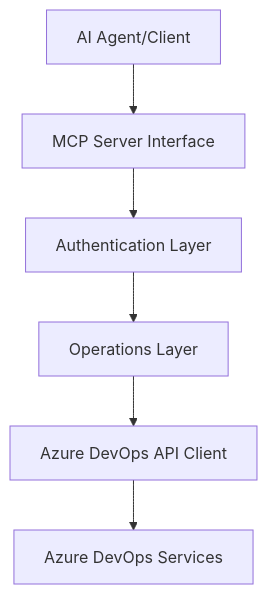
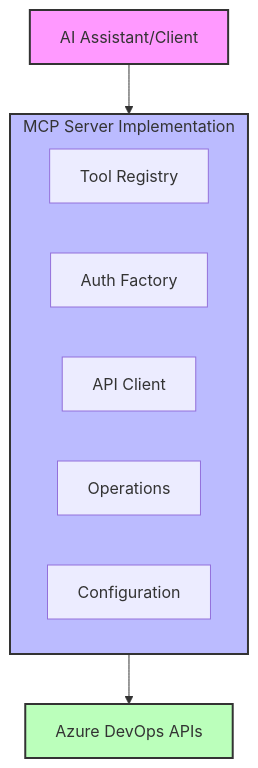
The first of 7 diagrams in memory-bank/systemPatterns.md (violetVo/ado-mcp), drawn with Mermaid before and after one commit. The commit also changed other lines of this file and 5 other files, not shown here.

Commit message:
Update project brief and progress tracking documentation for Azure DevOps MCP Server, enhancing clarity on functionality, current status, and future plans.

````diff
--- a/memory-bank/systemPatterns.md
+++ b/memory-bank/systemPatterns.md
@@ -6,8 +5,18 @@
 ```mermaid
 flowchart TD
-    Client[AI Agent/Client] --> MCP[MCP Server Interface]
-    MCP --> Auth[Authentication Layer]
-    Auth --> Operations[Operations Layer]
-    Operations --> API[Azure DevOps API Client]
-    API --> Azure[Azure DevOps Services]
+    Client[AI Assistant/Client] --> Server[MCP Server]
+    
+    subgraph Server[MCP Server Implementation]
+        Tools[Tool Registry]
+        Auth[Auth Factory]
+        API[API Client]
+        Ops[Operations]
+        Config[Configuration]
+    end
+    
+    Server --> ADO[Azure DevOps APIs]
+    
+    style Client fill:#f9f,stroke:#333,stroke-width:2px
+    style Server fill:#bbf,stroke:#333,stroke-width:2px
+    style ADO fill:#bfb,stroke:#333,stroke-width:2px
 ```
````
